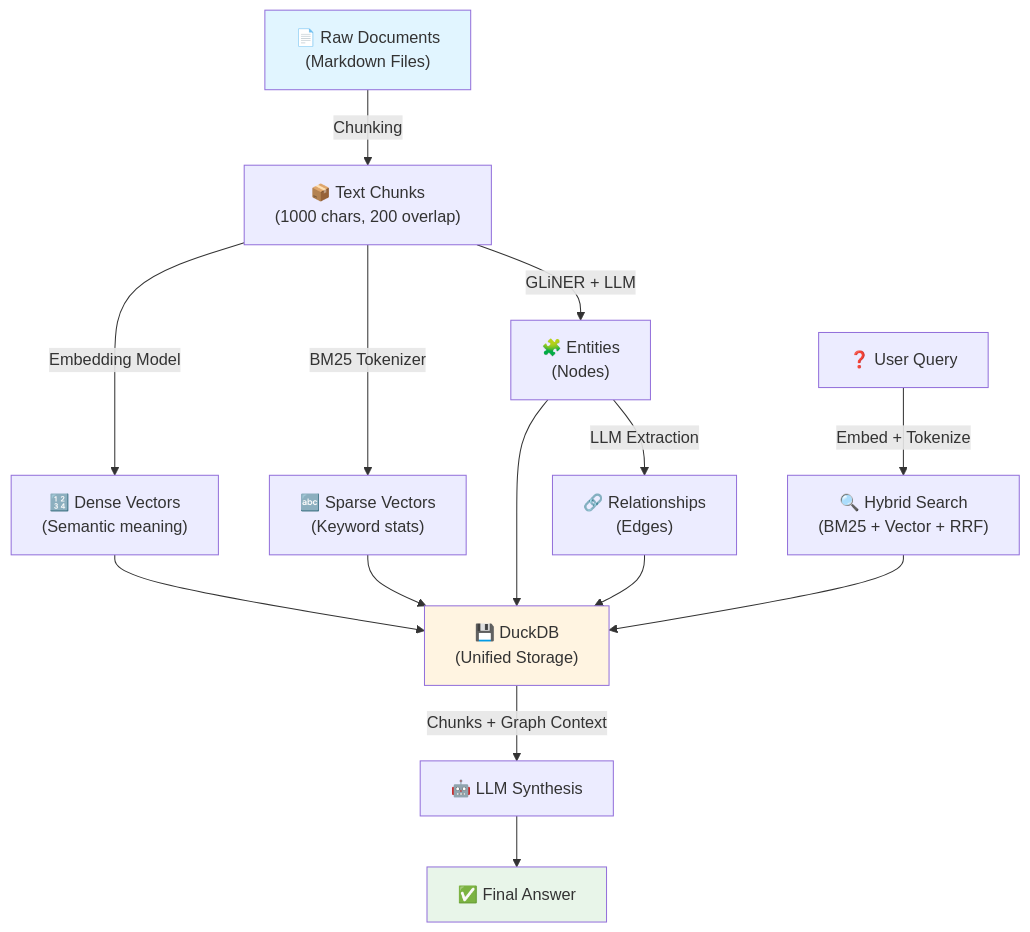
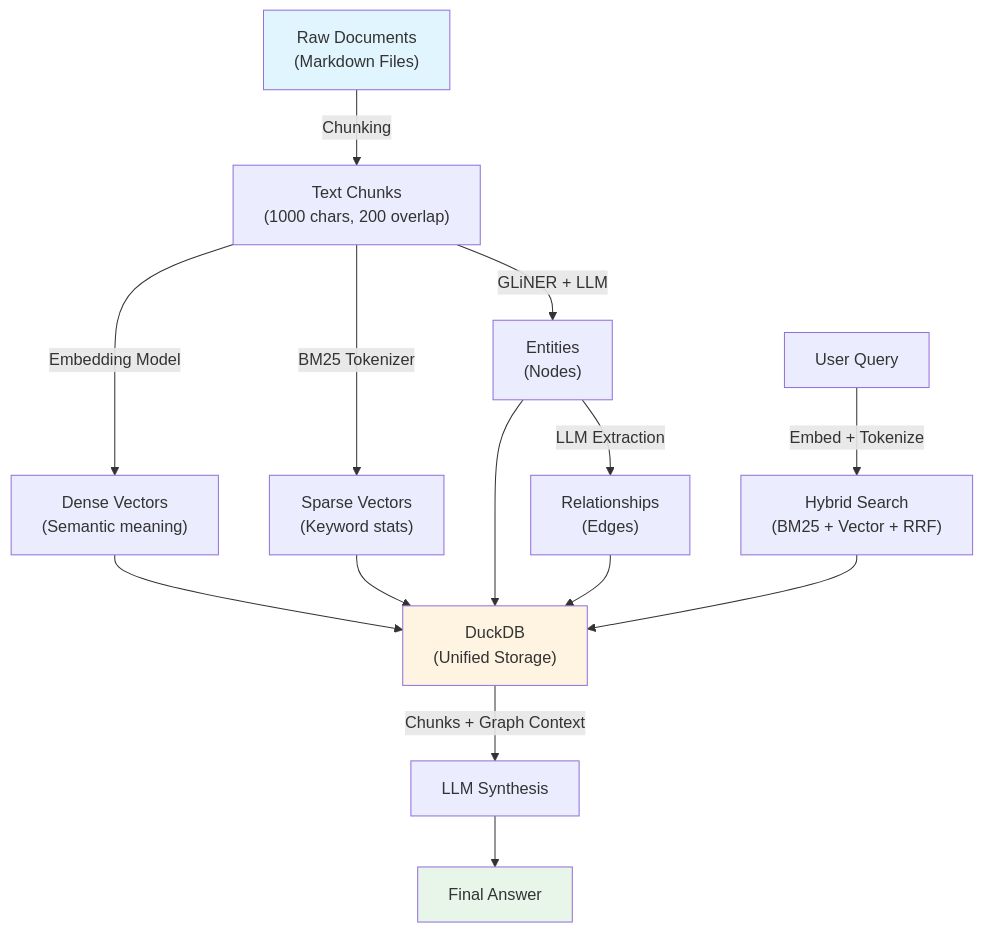
Before and after one commit to T-NhanNguyen/graphRAG-LlamaIndex: the second of 2 diagrams in docs/what-is-graphrag.md, drawn with Mermaid. The commit also changed other lines of this file and 45 other files, not shown here.

````diff
--- a/docs/what-is-graphrag.md
+++ b/docs/what-is-graphrag.md
@@ -128,23 +128,23 @@
 ```mermaid
 graph TD
-    A["📄 Raw Documents<br/>(Markdown Files)"] -->|"Chunking"| B["📦 Text Chunks<br/>(1000 chars, 200 overlap)"]
+    A[" Raw Documents<br/>(Markdown Files)"] -->|"Chunking"| B[" Text Chunks<br/>(1000 chars, 200 overlap)"]
 
-    B -->|"Embedding Model"| C["🔢 Dense Vectors<br/>(Semantic meaning)"]
-    B -->|"BM25 Tokenizer"| D["🔤 Sparse Vectors<br/>(Keyword stats)"]
-    B -->|"GLiNER + LLM"| E["🧩 Entities<br/>(Nodes)"]
-    E -->|"LLM Extraction"| F["🔗 Relationships<br/>(Edges)"]
+    B -->|"Embedding Model"| C[" Dense Vectors<br/>(Semantic meaning)"]
+    B -->|"BM25 Tokenizer"| D[" Sparse Vectors<br/>(Keyword stats)"]
+    B -->|"GLiNER + LLM"| E[" Entities<br/>(Nodes)"]
+    E -->|"LLM Extraction"| F[" Relationships<br/>(Edges)"]
 
-    C --> G["💾 DuckDB<br/>(Unified Storage)"]
+    C --> G[" DuckDB<br/>(Unified Storage)"]
     D --> G
     E --> G
     F --> G
 
-    H["❓ User Query"] -->|"Embed + Tokenize"| I["🔍 Hybrid Search<br/>(BM25 + Vector + RRF)"]
+    H[" User Query"] -->|"Embed + Tokenize"| I[" Hybrid Search<br/>(BM25 + Vector + RRF)"]
     I --> G
-    G -->|"Chunks + Graph Context"| J["🤖 LLM Synthesis"]
-    J --> K["✅ Final Answer"]
+    G -->|"Chunks + Graph Context"| J[" LLM Synthesis"]
+    J --> K[" Final Answer"]
 
     style A fill:#e1f5ff
     style G fill:#fff4e1
     style K fill:#e8f5e9
 ```
````
